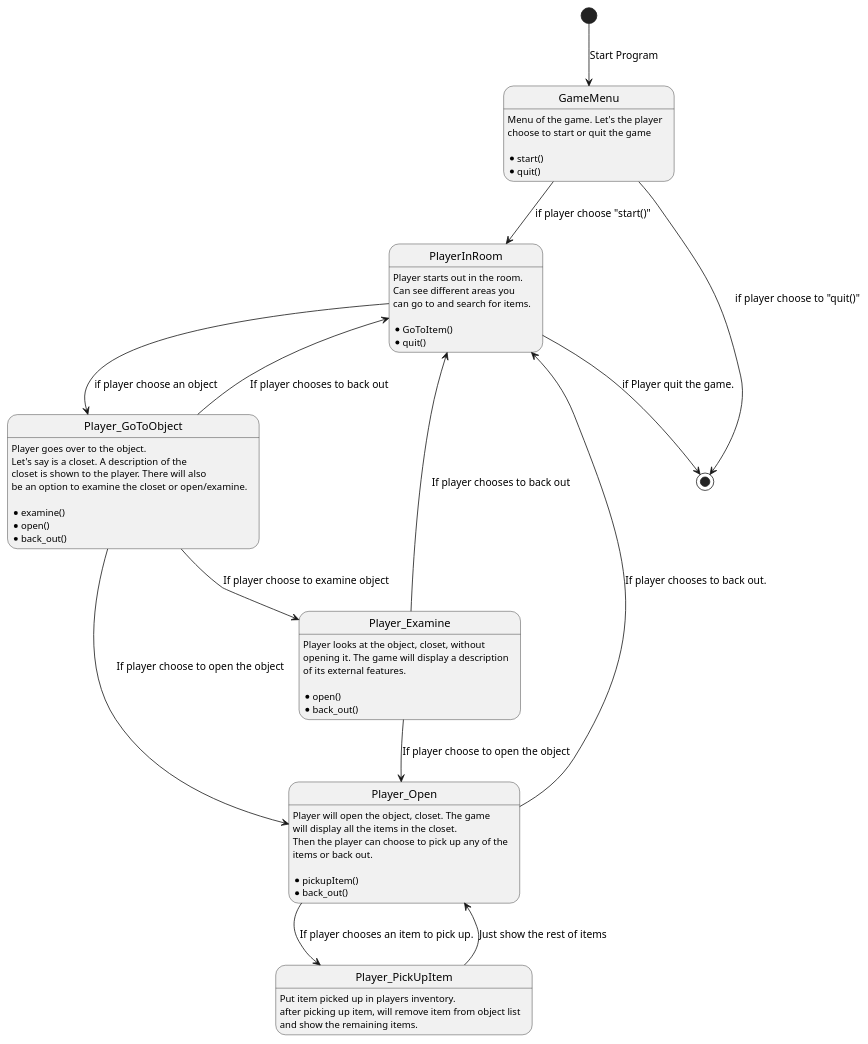
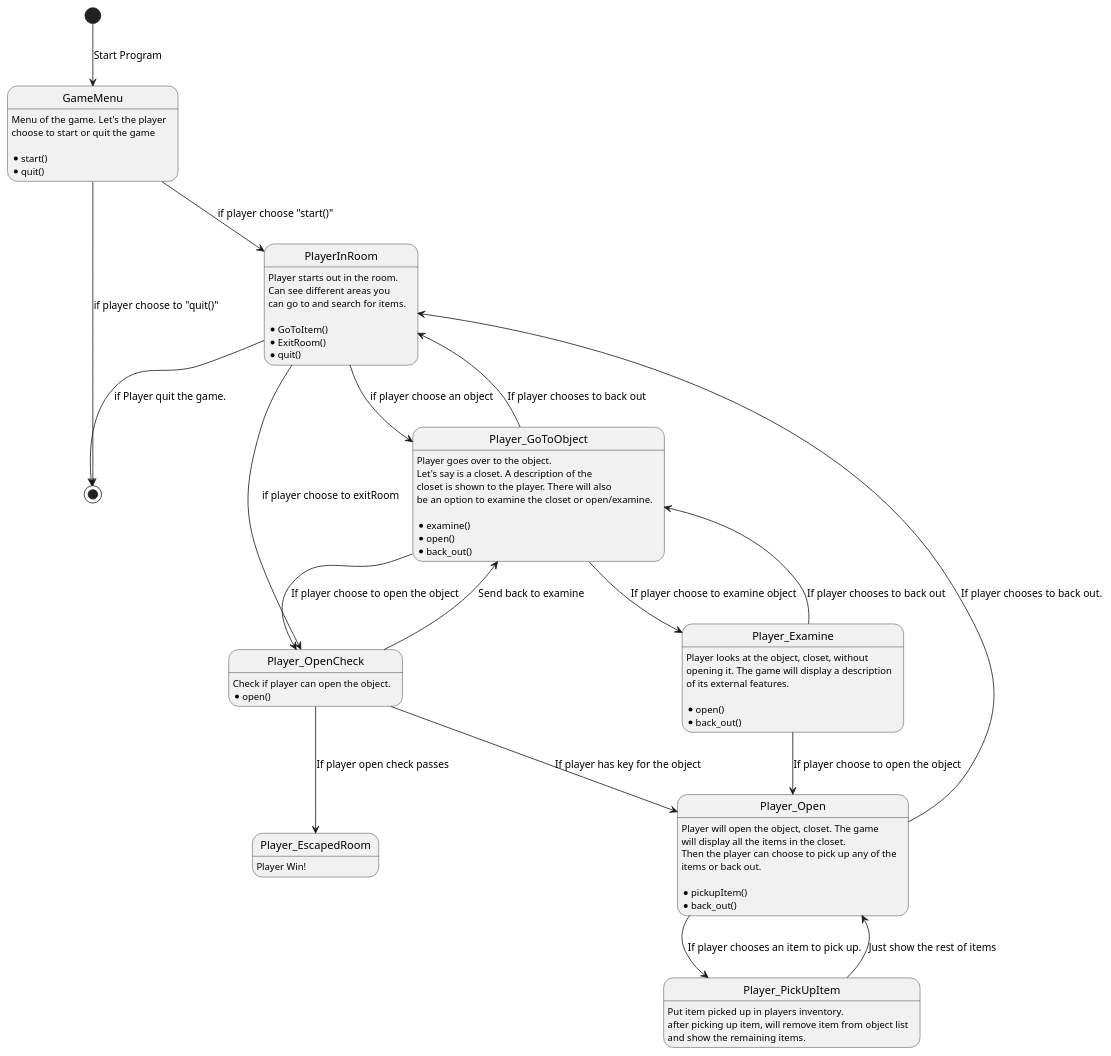
One commit to thtay/PythonGames changed the diagram in docs/gameplay.puml. Above: the diagram before and after it, drawn with PlantUML. The commit also changed 5 other files, not shown here.

```diff
--- a/docs/gameplay.puml
+++ b/docs/gameplay.puml
@@ -1,69 +1,83 @@
 @startuml
 [*] --> GameMenu: Start Program
 state GameMenu{
 GameMenu: Menu of the game. Let's the player
 GameMenu: choose to start or quit the game
 GameMenu:
 GameMenu: * start()
 GameMenu: * quit()
 }
 GameMenu --> PlayerInRoom: if player choose "start()"
 GameMenu --> [*]: if player choose to "quit()"
 
 state PlayerInRoom{
 PlayerInRoom: Player starts out in the room.
 PlayerInRoom: Can see different areas you
 PlayerInRoom: can go to and search for items.
 PlayerInRoom:
 PlayerInRoom: * GoToItem()
+PlayerInRoom: * ExitRoom()
 PlayerInRoom: * quit()
 }
 PlayerInRoom --> Player_GoToObject: if player choose an object
+PlayerInRoom --> Player_OpenCheck: if player choose to exitRoom
 PlayerInRoom --> [*]: if Player quit the game.
 
 state Player_GoToObject{
 Player_GoToObject: Player goes over to the object.
 Player_GoToObject: Let's say is a closet. A description of the
 Player_GoToObject: closet is shown to the player. There will also
 Player_GoToObject: be an option to examine the closet or open/examine.
 Player_GoToObject:
 Player_GoToObject: * examine()
 Player_GoToObject: * open()
 Player_GoToObject: * back_out()
 }
 Player_GoToObject --> Player_Examine: If player choose to examine object
-Player_GoToObject --> Player_Open: If player choose to open the object
+Player_GoToObject --> Player_OpenCheck: If player choose to open the object
 Player_GoToObject --> PlayerInRoom: If player chooses to back out
 
 state Player_Examine{
 Player_Examine: Player looks at the object, closet, without
 Player_Examine: opening it. The game will display a description
 Player_Examine: of its external features.
 Player_Examine:
 Player_Examine: * open()
 Player_Examine: * back_out()
 }
 Player_Examine --> Player_Open: If player choose to open the object
-Player_Examine --> PlayerInRoom: If player chooses to back out
+Player_Examine --> Player_GoToObject: If player chooses to back out
 
+state Player_OpenCheck{
+Player_OpenCheck: Check if player can open the object.
+Player_OpenCheck: * open()
+}
+
+Player_OpenCheck --> Player_Open: If player has key for the object
+Player_OpenCheck --> Player_GoToObject: Send back to examine
 
 state Player_Open{
 Player_Open: Player will open the object, closet. The game
 Player_Open: will display all the items in the closet.
 Player_Open: Then the player can choose to pick up any of the
 Player_Open: items or back out.
 Player_Open:
 Player_Open: * pickupItem()
 Player_Open: * back_out()
 }
 Player_Open --> Player_PickUpItem: If player chooses an item to pick up.
 Player_Open --> PlayerInRoom: If player chooses to back out.
 
 state Player_PickUpItem{
 Player_PickUpItem: Put item picked up in players inventory.
 Player_PickUpItem: after picking up item, will remove item from object list
 Player_PickUpItem: and show the remaining items.
 }
 Player_PickUpItem --> Player_Open: Just show the rest of items
 
+state Player_EscapedRoom{
+Player_EscapedRoom: Player Win!
+}
+
+Player_OpenCheck --> Player_EscapedRoom: If player open check passes
 @enduml
```
